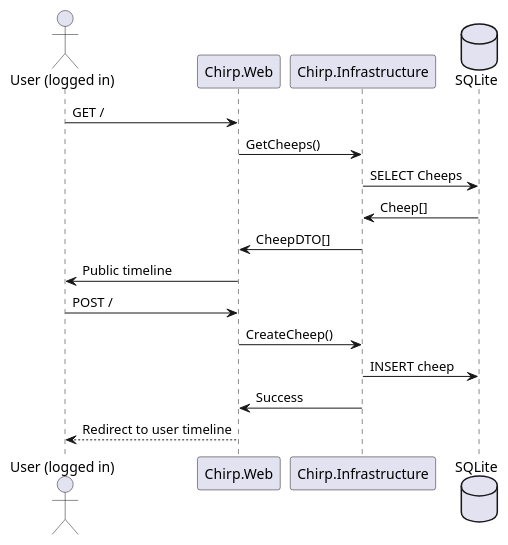
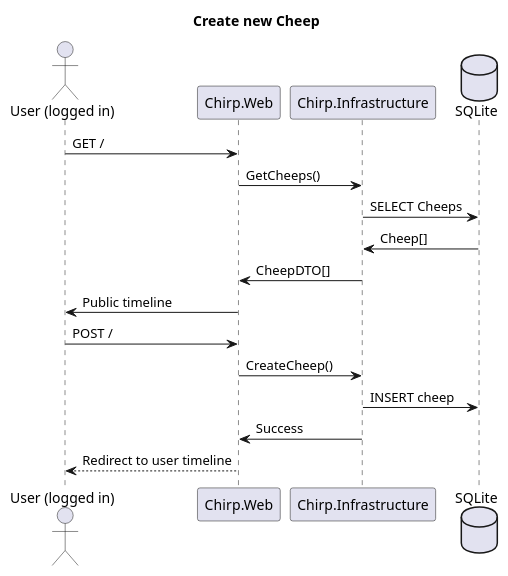
The ninth of 14 diagrams in docs/report.md (ITU-BDSA2024-GROUP14/Chirp), drawn with PlantUML before and after one commit. The commit also changed other lines of this file, not shown here.

Commit message:
Add plantuml titles

````diff
--- a/docs/report.md
+++ b/docs/report.md
@@ -300,21 +305,24 @@
 ```plantuml
 @startuml
+
+title Create new Cheep
+
 actor "User (logged in)" as User
 participant Chirp.Web as Web
 participant Chirp.Infrastructure as Infrastructure
 database SQLite
 
 User -> Web:                GET /
 Web -> Infrastructure:      GetCheeps()
 Infrastructure -> SQLite:   SELECT Cheeps
 SQLite -> Infrastructure:   Cheep[]
 Infrastructure -> Web:      CheepDTO[]
 Web -> User:                Public timeline
 User -> Web:                POST /
 Web -> Infrastructure:      CreateCheep()
 Infrastructure -> SQLite:   INSERT cheep
 Infrastructure -> Web:      Success
 Web --> User:               Redirect to user timeline
 
 @enduml
 ```
````
